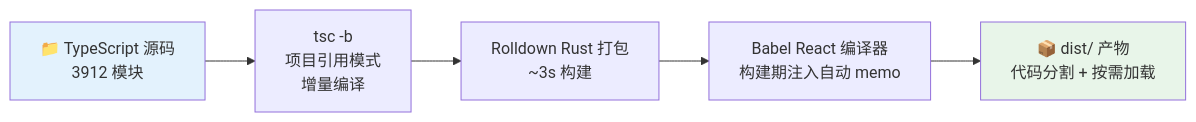
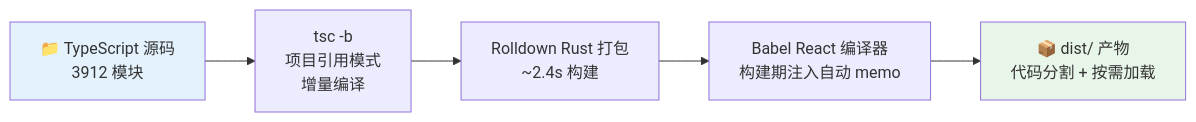
One commit to KMaybe01/interview-demo changed diagram 27 of 46 in docs/面试亮点.md. Above: the diagram before and after it, drawn with Mermaid. The commit also changed other lines of this file and 42 other files, not shown here.

````diff
--- a/docs/面试亮点.md
+++ b/docs/面试亮点.md
@@ -3474,10 +3870,10 @@
 ```mermaid
 graph LR
     SRC["📁 TypeScript 源码<br/>3912 模块"] --> TSC["tsc -b<br/>项目引用模式<br/>增量编译"]
-    TSC --> ROLLDOWN["Rolldown Rust 打包<br/>~3s 构建"]
+    TSC --> ROLLDOWN["Rolldown Rust 打包<br/>~2.4s 构建"]
     ROLLDOWN --> BABEL["Babel React 编译器<br/>构建期注入自动 memo"]
     BABEL --> DIST["📦 dist/ 产物<br/>代码分割 + 按需加载"]
 
     style SRC fill:#e3f2fd
     style DIST fill:#e8f5e9
 ```
````
